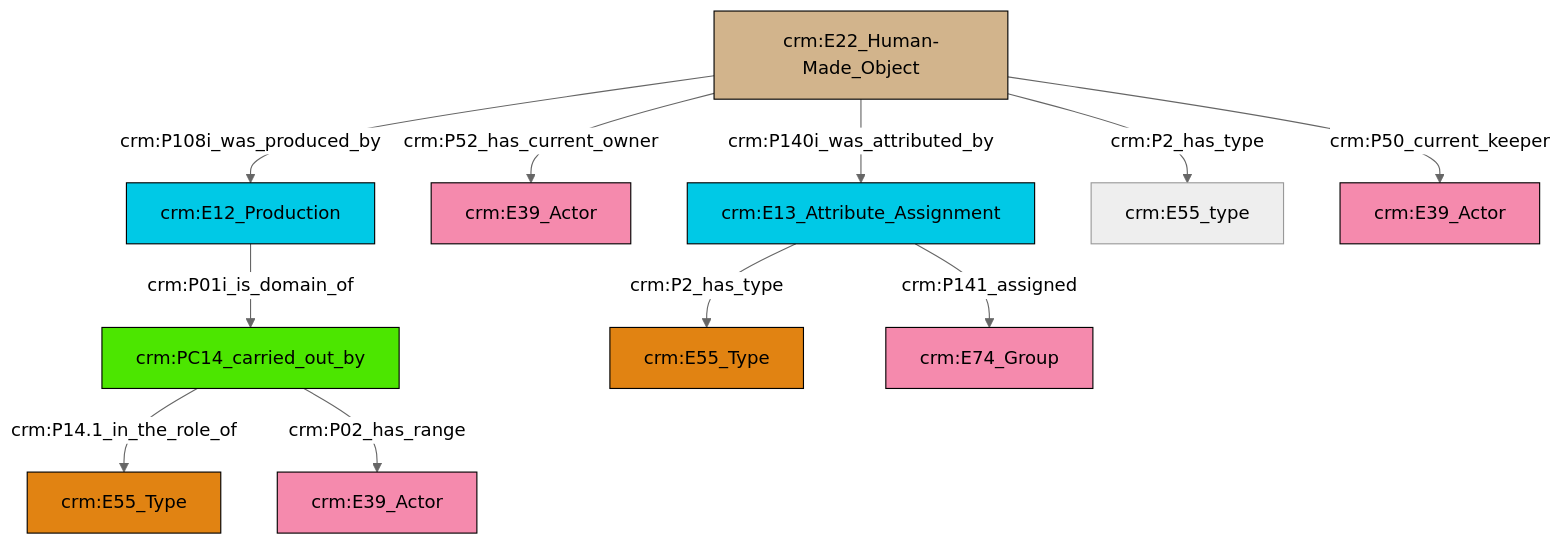
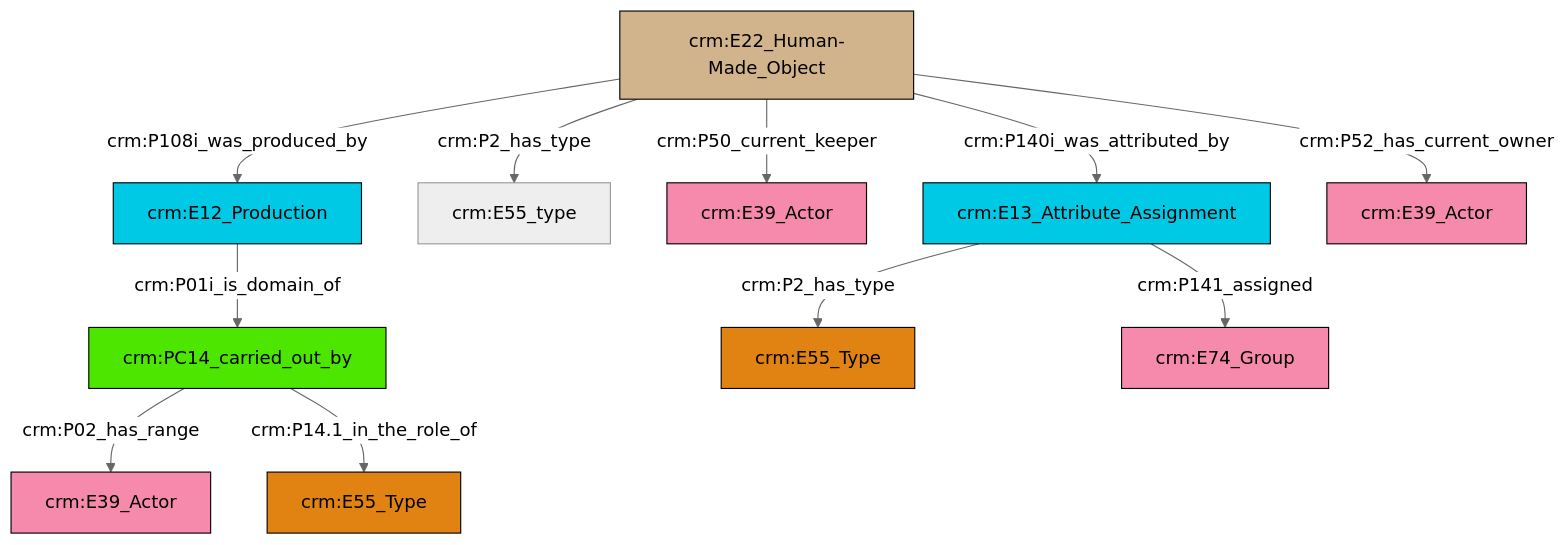
The diagram in et/artworkCSV/ttl/mmd/Artwork_Actor_Relations.ttl.mmd (swiss-art-research-net/reference-data-models), drawn with Mermaid (neutral theme) before and after one commit. The commit also changed 150 other files, not shown here.

```diff
--- a/et/artworkCSV/ttl/mmd/Artwork_Actor_Relations.ttl.mmd
+++ b/et/artworkCSV/ttl/mmd/Artwork_Actor_Relations.ttl.mmd
@@ -1,25 +1,25 @@
 graph TD
 classDef Literal fill:#f2f2f2,stroke:#000000;
 classDef CRM_Entity fill:#FFFFFF,stroke:#000000;
 classDef Temporal_Entity fill:#00C9E6, stroke:#000000;
 classDef Type fill:#E18312, stroke:#000000;
 classDef Time-Span fill:#2C9C91, stroke:#000000;
 classDef Appellation fill:#FFEB7F, stroke:#000000;
 classDef Place fill:#008836, stroke:#000000;
 classDef Persistent_Item fill:#B266B2, stroke:#000000;
 classDef Conceptual_Object fill:#FFD700, stroke:#000000;
 classDef Physical_Thing fill:#D2B48C, stroke:#000000;
 classDef Actor fill:#f58aad, stroke:#000000;
 classDef PC_Classes fill:#4ce600, stroke:#000000;
 classDef Multi fill:#cccccc,stroke:#000000;
 
-0["crm:PC14_carried_out_by"]:::PC_Classes -->|crm:P14.1_in_the_role_of| 1["crm:E55_Type"]:::Type
-6["crm:E12_Production"]:::Temporal_Entity -->|crm:P01i_is_domain_of| 0["crm:PC14_carried_out_by"]:::PC_Classes
-7["crm:E22_Human-Made_Object"]:::Physical_Thing -->|crm:P52_has_current_owner| 8["crm:E39_Actor"]:::Actor
-7["crm:E22_Human-Made_Object"]:::Physical_Thing -->|crm:P140i_was_attributed_by| 13["crm:E13_Attribute_Assignment"]:::Temporal_Entity
-7["crm:E22_Human-Made_Object"]:::Physical_Thing -->|crm:P2_has_type| 17["crm:E55_type"]:::Default
-13["crm:E13_Attribute_Assignment"]:::Temporal_Entity -->|crm:P2_has_type| 2["crm:E55_Type"]:::Type
-0["crm:PC14_carried_out_by"]:::PC_Classes -->|crm:P02_has_range| 4["crm:E39_Actor"]:::Actor
-13["crm:E13_Attribute_Assignment"]:::Temporal_Entity -->|crm:P141_assigned| 10["crm:E74_Group"]:::Actor
-7["crm:E22_Human-Made_Object"]:::Physical_Thing -->|crm:P50_current_keeper| 20["crm:E39_Actor"]:::Actor
-7["crm:E22_Human-Made_Object"]:::Physical_Thing -->|crm:P108i_was_produced_by| 6["crm:E12_Production"]:::Temporal_Entity
+2["crm:E22_Human-Made_Object"]:::Physical_Thing -->|crm:P108i_was_produced_by| 3["crm:E12_Production"]:::Temporal_Entity
+4["crm:PC14_carried_out_by"]:::PC_Classes -->|crm:P02_has_range| 5["crm:E39_Actor"]:::Actor
+6["crm:E13_Attribute_Assignment"]:::Temporal_Entity -->|crm:P2_has_type| 0["crm:E55_Type"]:::Type
+6["crm:E13_Attribute_Assignment"]:::Temporal_Entity -->|crm:P141_assigned| 7["crm:E74_Group"]:::Actor
+4["crm:PC14_carried_out_by"]:::PC_Classes -->|crm:P14.1_in_the_role_of| 19["crm:E55_Type"]:::Type
+2["crm:E22_Human-Made_Object"]:::Physical_Thing -->|crm:P2_has_type| 17["crm:E55_type"]:::Default
+3["crm:E12_Production"]:::Temporal_Entity -->|crm:P01i_is_domain_of| 4["crm:PC14_carried_out_by"]:::PC_Classes
+2["crm:E22_Human-Made_Object"]:::Physical_Thing -->|crm:P50_current_keeper| 13["crm:E39_Actor"]:::Actor
+2["crm:E22_Human-Made_Object"]:::Physical_Thing -->|crm:P140i_was_attributed_by| 6["crm:E13_Attribute_Assignment"]:::Temporal_Entity
+2["crm:E22_Human-Made_Object"]:::Physical_Thing -->|crm:P52_has_current_owner| 11["crm:E39_Actor"]:::Actor
```
